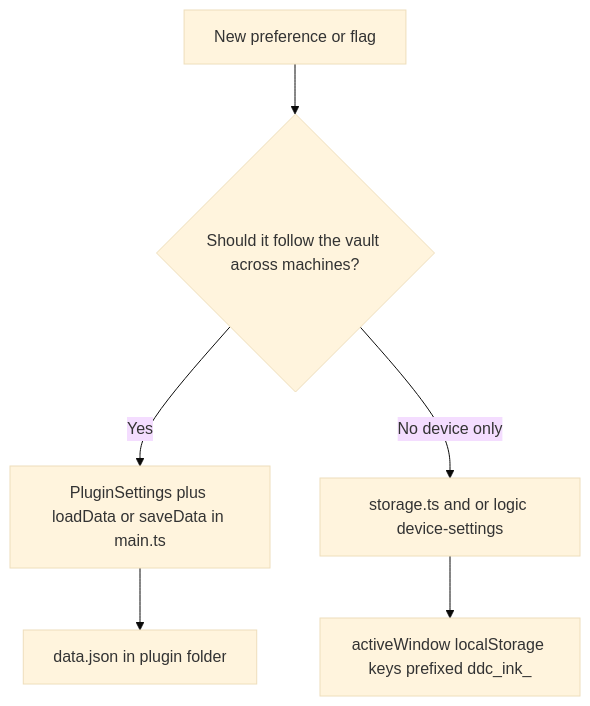
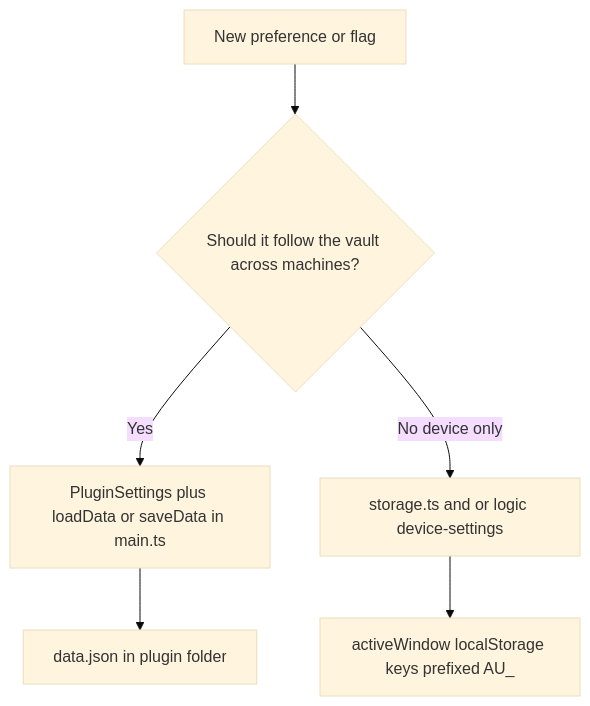
One commit to daledesilva/obsidian_ink changed the first of 2 diagrams in docs/plugin-memory-and-persistence.md. Above: the diagram before and after it, drawn with Mermaid (base theme). The commit also changed other lines of this file and 9 other files, not shown here.

Commit message:
Update local storage prefix from `ddc_ink_` to `AU_` across documentation, constants, and tests

````diff
--- a/docs/plugin-memory-and-persistence.md
+++ b/docs/plugin-memory-and-persistence.md
@@ -28,9 +28,9 @@
 ```mermaid
 flowchart TD
   Q[New preference or flag]
   Q --> SyncQ{Should it follow the vault across machines?}
   SyncQ -->|Yes| PluginSettings[PluginSettings plus loadData or saveData in main.ts]
   SyncQ -->|No device only| DeviceStore[storage.ts and or logic device-settings]
   PluginSettings --> DataJson[data.json in plugin folder]
-  DeviceStore --> LS[activeWindow localStorage keys prefixed ddc_ink_]
+  DeviceStore --> LS[activeWindow localStorage keys prefixed AU_]
 ```
````
